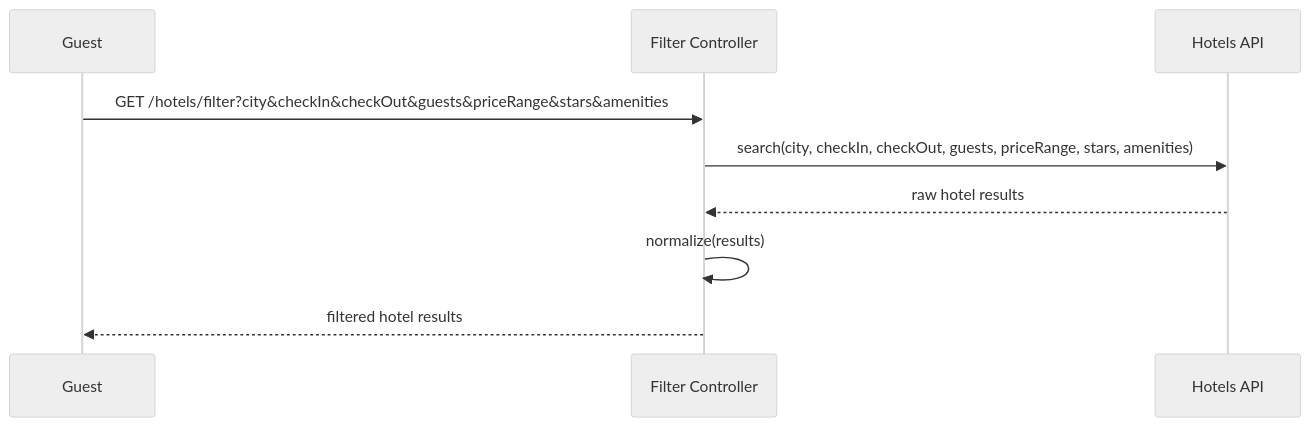
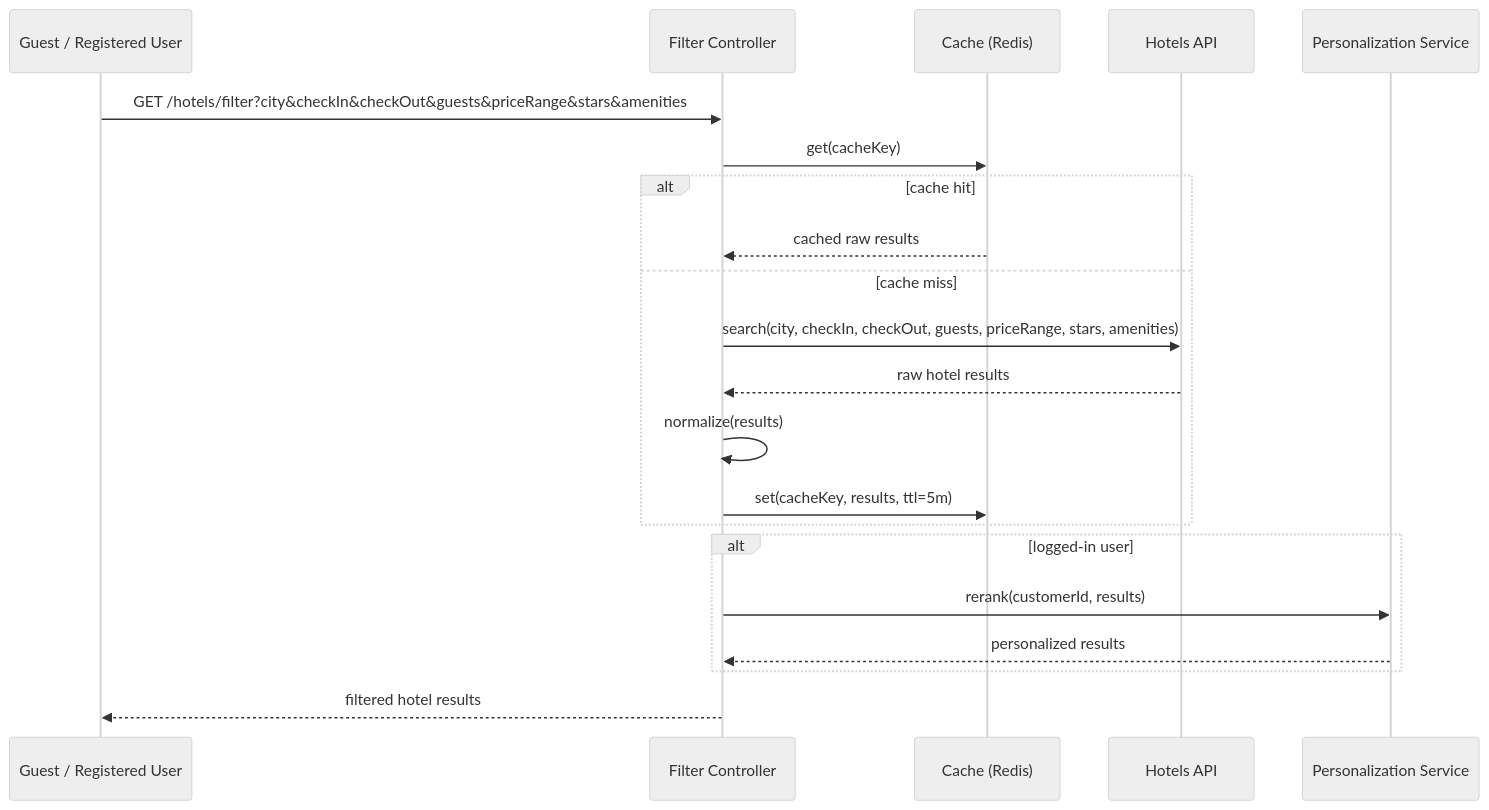
Before and after one commit to Backend-Mentor-ORG/booking: the second of 3 diagrams in diagrams/UC-02-filter-hotels.md, drawn with Mermaid (neutral theme). The commit also changed other lines of this file and 4 other files, not shown here.

Commit message:
Enhance caching strategy for Flights and Hotels API, update use case diagrams and pseudocode for improved performance and personalization

````diff
--- a/diagrams/UC-02-filter-hotels.md
+++ b/diagrams/UC-02-filter-hotels.md
@@ -17,12 +27,24 @@
 ```mermaid
 sequenceDiagram
-  participant G as Guest
+  participant U as Guest / Registered User
   participant API as Filter Controller
+  participant Cache as Cache (Redis)
   participant Ext as Hotels API
+  participant P as Personalization Service
 
-  G->>API: GET /hotels/filter?city&checkIn&checkOut&guests&priceRange&stars&amenities
-  API->>Ext: search(city, checkIn, checkOut, guests, priceRange, stars, amenities)
-  Ext-->>API: raw hotel results
-  API->>API: normalize(results)
-  API-->>G: filtered hotel results
+  U->>API: GET /hotels/filter?city&checkIn&checkOut&guests&priceRange&stars&amenities
+  API->>Cache: get(cacheKey)
+  alt cache hit
+    Cache-->>API: cached raw results
+  else cache miss
+    API->>Ext: search(city, checkIn, checkOut, guests, priceRange, stars, amenities)
+    Ext-->>API: raw hotel results
+    API->>API: normalize(results)
+    API->>Cache: set(cacheKey, results, ttl=5m)
+  end
+  alt logged-in user
+    API->>P: rerank(customerId, results)
+    P-->>API: personalized results
+  end
+  API-->>U: filtered hotel results
 ```
````
